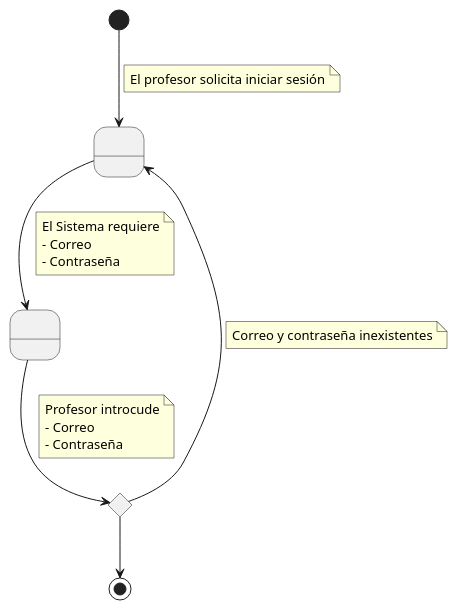
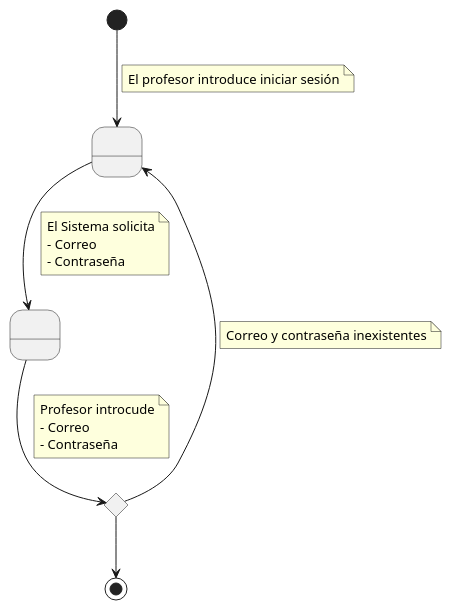
The diagram in Documentos/DetallarCasosDeUso/IniciarSesionProfesor.puml (mmasias/24-25-IdSw1-SDR), drawn with PlantUML before and after one commit.

Commit message:
profesor introduc, sistem solicita

```diff
--- a/Documentos/DetallarCasosDeUso/IniciarSesionProfesor.puml
+++ b/Documentos/DetallarCasosDeUso/IniciarSesionProfesor.puml
@@ -1,28 +1,28 @@
 @startuml
 
 state " " as Estado1
 state " " as Estado2
 
 [*] --> Estado1
     note on link
-        El profesor solicita iniciar sesión
+        El profesor introduce iniciar sesión
     end note
 Estado1 --> Estado2
     note on link
-        El Sistema requiere
+        El Sistema solicita
         - Correo
         - Contraseña
     end note
 state rombo <<choice>>
 Estado2 --> rombo
 note on link
     Profesor introcude
     - Correo
     - Contraseña
 end note
 rombo --> [*]
 rombo --> Estado1
     note on link
     Correo y contraseña inexistentes
     end note
 @enduml
```
